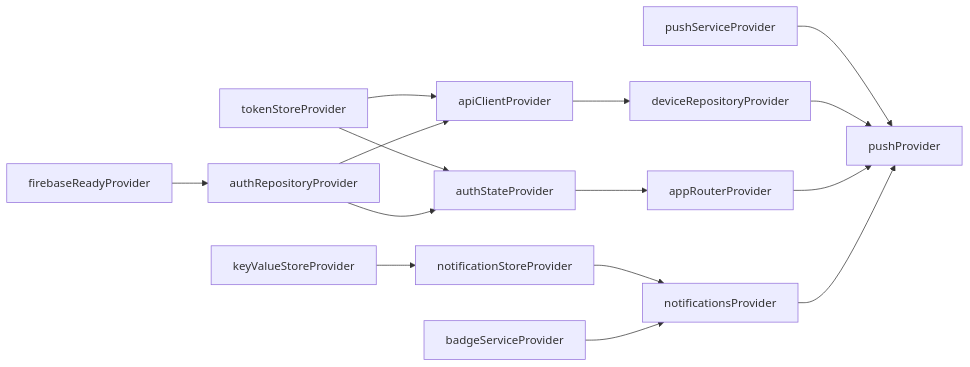
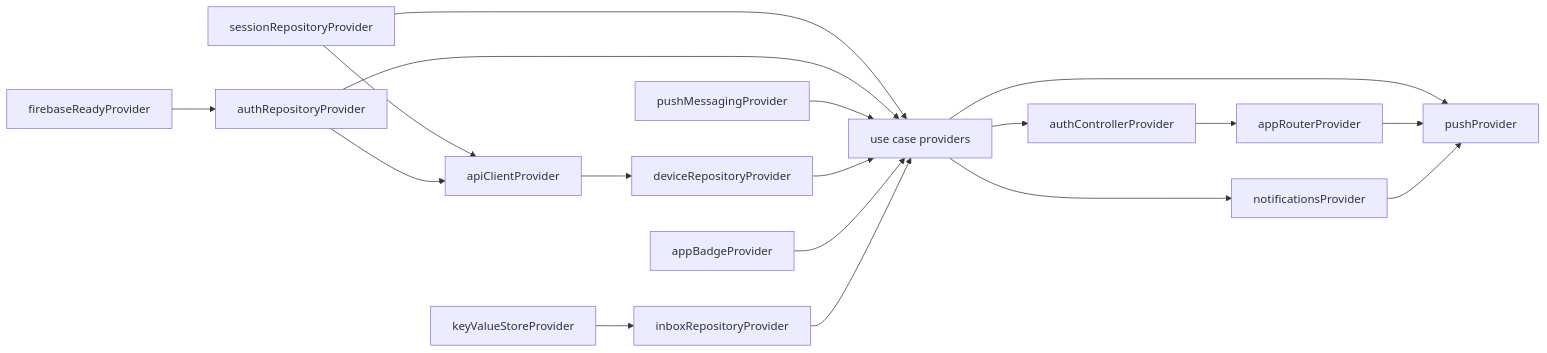
One commit to HooroBoy/244107020132-mobile-course changed the third of 9 diagrams in Week10/campusnotif/docs/arsitektur.md. Above: the diagram before and after it, drawn with Mermaid. The commit also changed other lines of this file and 84 other files, not shown here.

````diff
--- a/Week10/campusnotif/docs/arsitektur.md
+++ b/Week10/campusnotif/docs/arsitektur.md
@@ -125,17 +131,20 @@
 ```mermaid
 flowchart LR
   FB["firebaseReadyProvider"] --> AUR["authRepositoryProvider"]
-  TS["tokenStoreProvider"] --> APIC["apiClientProvider"]
+  SESS["sessionRepositoryProvider"] --> APIC["apiClientProvider"]
   AUR --> APIC
-  TS --> AUTH["authStateProvider"]
-  AUR --> AUTH
+  SESS --> UC["use case providers"]
+  AUR --> UC
   APIC --> DVR["deviceRepositoryProvider"]
-  PS["pushServiceProvider"] --> PUSH["pushProvider"]
-  DVR --> PUSH
+  FCM["pushMessagingProvider"] --> UC
+  DVR --> UC
+  KV["keyValueStoreProvider"] --> INBOX["inboxRepositoryProvider"]
+  BADGE["appBadgeProvider"] --> UC
+  INBOX --> UC
+  UC --> AUTH["authControllerProvider"]
+  UC --> NC["notificationsProvider"]
+  UC --> PUSH["pushProvider"]
   AUTH --> RTR["appRouterProvider"]
   RTR --> PUSH
-  KV["keyValueStoreProvider"] --> NSTORE["notificationStoreProvider"]
-  NSTORE --> NC["notificationsProvider"]
-  BADGE["badgeServiceProvider"] --> NC
   NC --> PUSH
 ```
````
